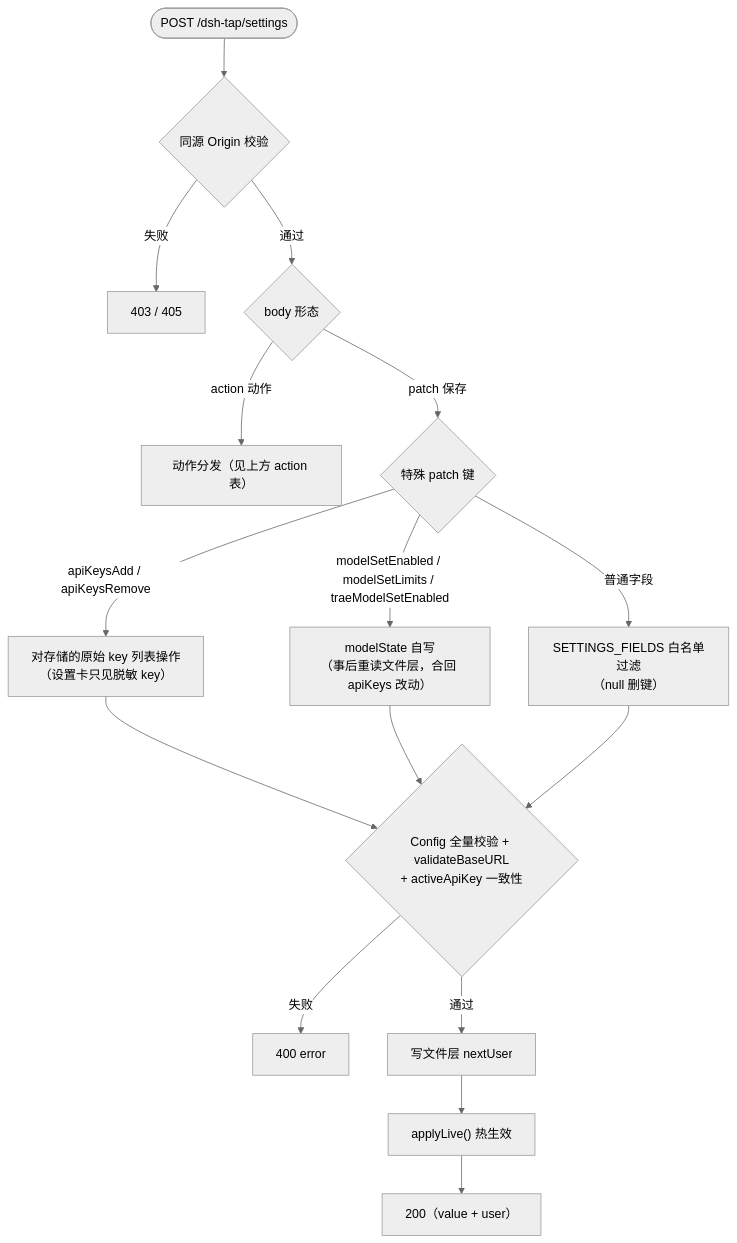
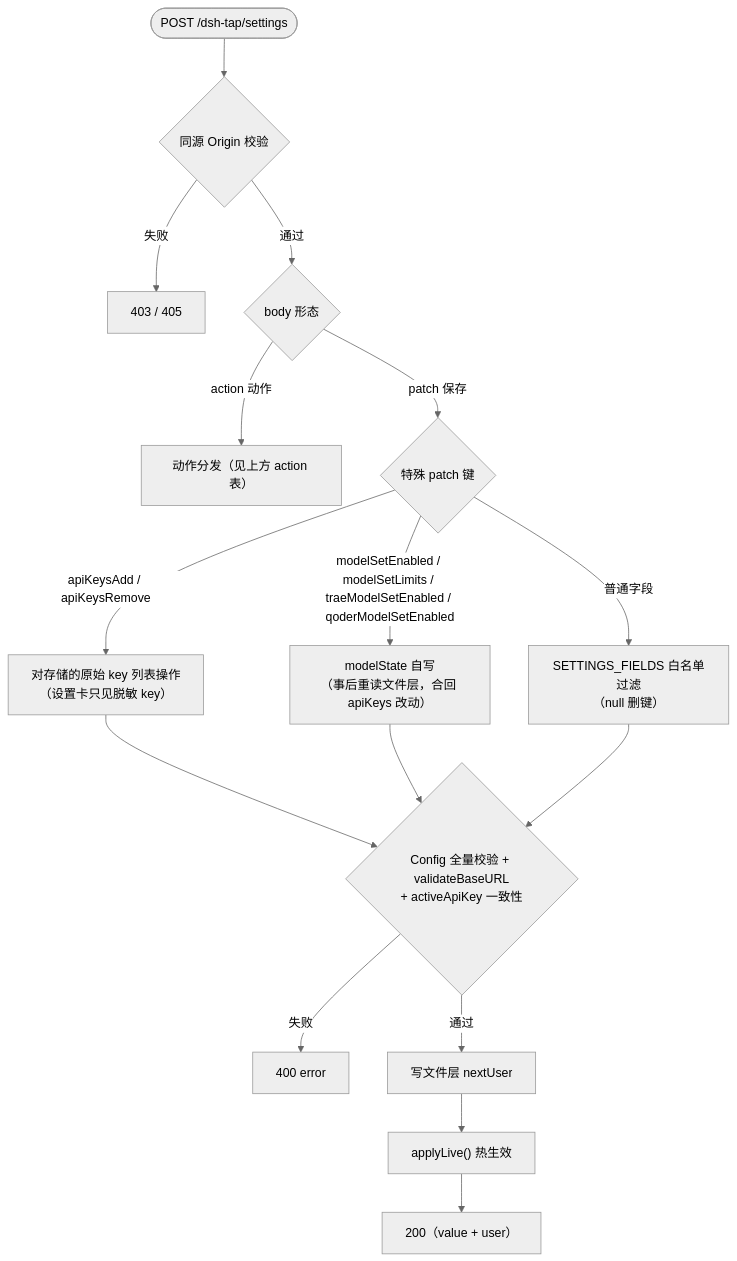
One commit to taikaikaikai-pixel/dsh-codebuddy-plugin changed the second of 2 diagrams in wiki/02-composition-root.md. Above: the diagram before and after it, drawn with Mermaid (neutral theme). The commit also changed other lines of this file and 8 other files, not shown here.

````diff
--- a/wiki/02-composition-root.md
+++ b/wiki/02-composition-root.md
@@ -169,19 +191,19 @@
 ```mermaid
 flowchart TB
     POST(["POST /dsh-tap/settings"]) --> SO{"同源 Origin 校验"}
     SO -->|失败| F403["403 / 405"]
     SO -->|通过| BODY{"body 形态"}
     BODY -->|action 动作| ACT["动作分发（见上方 action 表）"]
     BODY -->|patch 保存| KEYS{"特殊 patch 键"}
     KEYS -->|"apiKeysAdd / apiKeysRemove"| K1["对存储的原始 key 列表操作<br/>（设置卡只见脱敏 key）"]
-    KEYS -->|"modelSetEnabled / modelSetLimits / traeModelSetEnabled"| K2["modelState 自写<br/>（事后重读文件层，合回 apiKeys 改动）"]
+    KEYS -->|"modelSetEnabled / modelSetLimits / traeModelSetEnabled / qoderModelSetEnabled"| K2["modelState 自写<br/>（事后重读文件层，合回 apiKeys 改动）"]
     KEYS -->|普通字段| K3["SETTINGS_FIELDS 白名单过滤<br/>（null 删键）"]
     VAL{"Config 全量校验 + validateBaseURL<br/>+ activeApiKey 一致性"}
     K1 --> VAL
     K2 --> VAL
     K3 --> VAL
     VAL -->|失败| F400["400 error"]
     VAL -->|通过| W["写文件层 nextUser"]
     W --> LIVE2["applyLive() 热生效"]
     LIVE2 --> OK["200（value + user）"]
 ```
````
